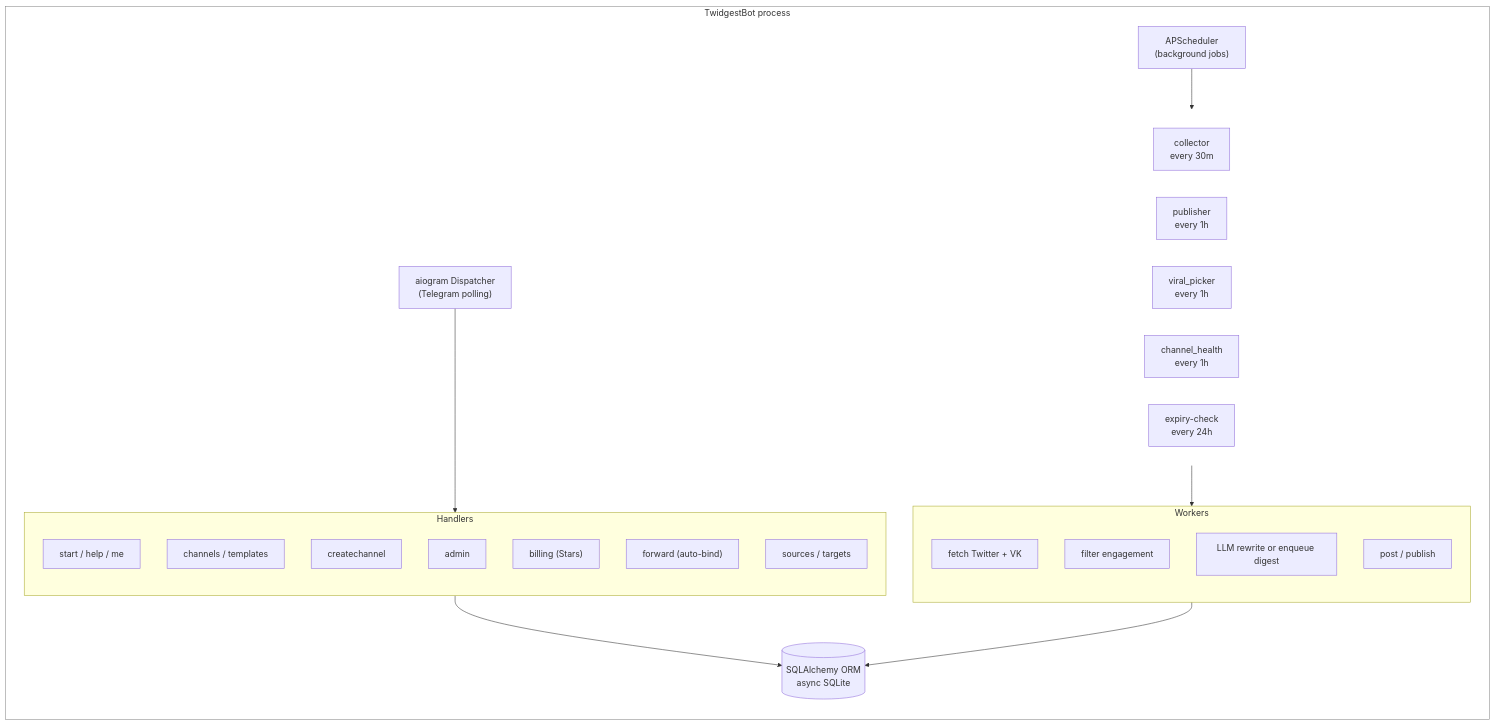
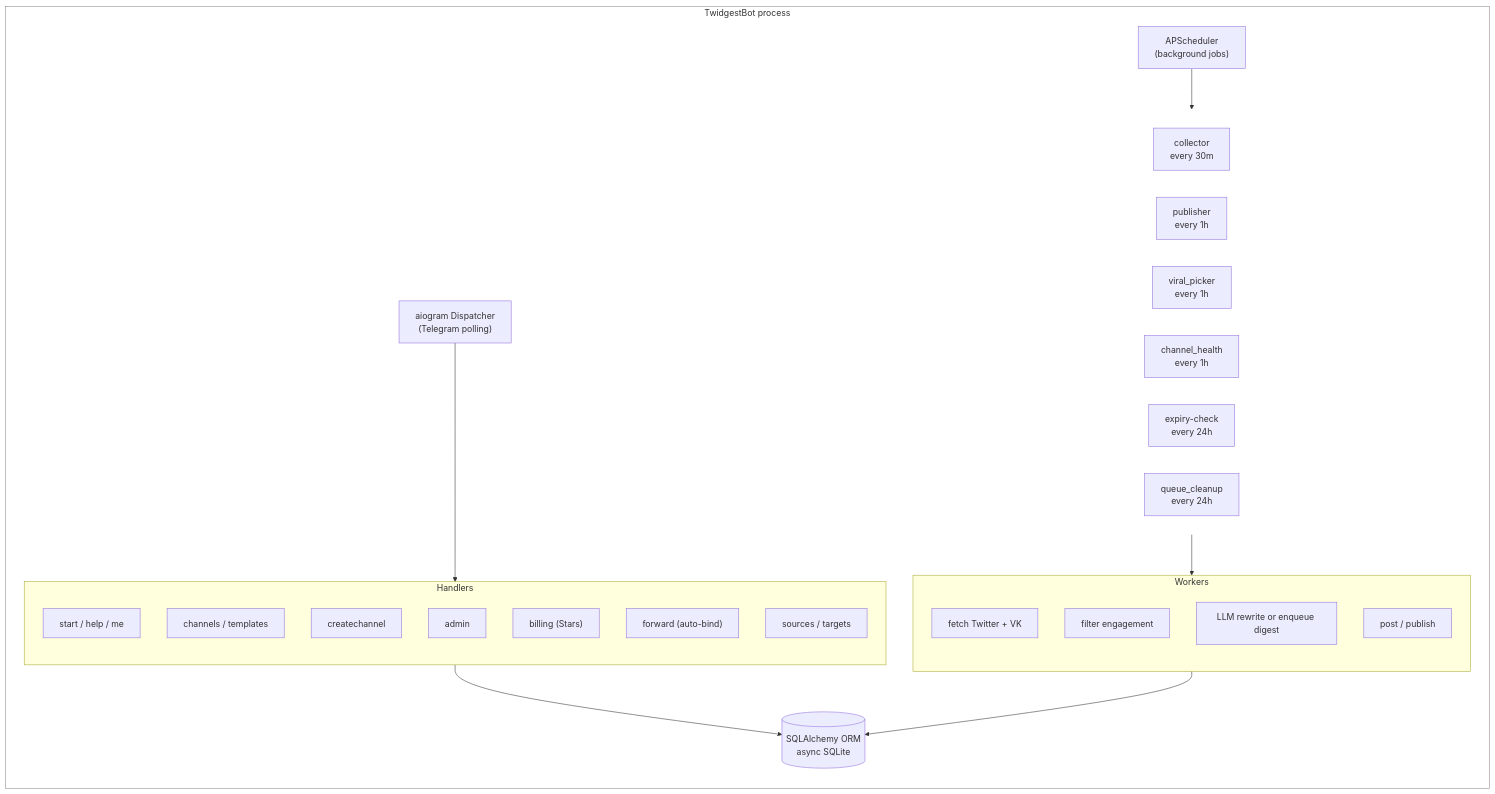
One commit to kelbic/twidgest-bot changed the diagram in README.md. Above: the diagram before and after it, drawn with Mermaid. The commit also changed other lines of this file and 1 other file, not shown here.

First line of the commit message:
docs: update ARCHITECTURE.md and README.md after digest_queue refactor

````diff
--- a/README.md
+++ b/README.md
@@ -40,47 +40,48 @@
 ```mermaid
 flowchart TB
     subgraph Process["TwidgestBot process"]
         direction TB
         Dispatcher["aiogram Dispatcher<br/>(Telegram polling)"]
         Scheduler["APScheduler<br/>(background jobs)"]
 
         subgraph Jobs[" "]
             direction LR
             Collector["collector<br/>every 30m"]
             Publisher["publisher<br/>every 1h"]
             ViralPicker["viral_picker<br/>every 1h"]
             ChannelHealth["channel_health<br/>every 1h"]
             Expiry["expiry-check<br/>every 24h"]
+            Cleanup["queue_cleanup<br/>every 24h"]
         end
 
         subgraph Handlers["Handlers"]
             direction TB
             H1["start / help / me"]
             H2["channels / templates"]
             H3["createchannel"]
             H4["admin"]
             H5["billing (Stars)"]
             H6["forward (auto-bind)"]
             H7["sources / targets"]
         end
 
         subgraph Workers["Workers"]
             direction TB
             W1["fetch Twitter + VK"]
             W2["filter engagement"]
             W3["LLM rewrite or enqueue digest"]
             W4["post / publish"]
         end
 
         DB[("SQLAlchemy ORM<br/>async SQLite")]
 
         Dispatcher --> Handlers
         Scheduler --> Jobs
         Jobs --> Workers
         Handlers --> DB
         Workers --> DB
     end
 
     style Process fill:transparent,stroke:#888
     style Jobs fill:transparent,stroke:none
 ```
````
